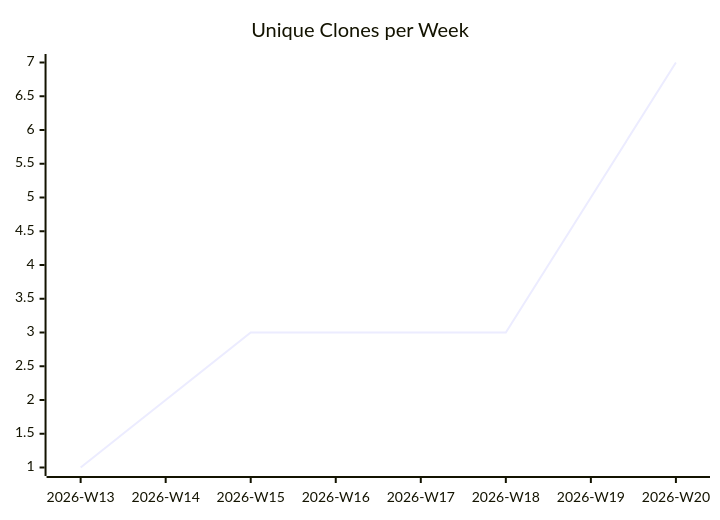
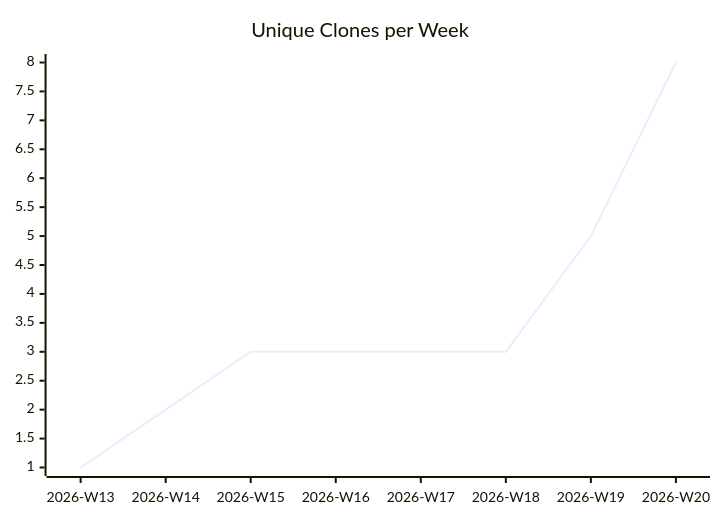
Before and after one commit to justdavis-family/github-analytics-data: the third of 3 diagrams in karlmdavis/xmlpull/README.md, drawn with Mermaid. The commit also changed other lines of this file and 176 other files, not shown here.

````diff
--- a/karlmdavis/xmlpull/README.md
+++ b/karlmdavis/xmlpull/README.md
@@ -19,6 +19,6 @@
 ```mermaid
 xychart-beta
   title "Unique Clones per Week"
   x-axis ["2026-W13", "2026-W14", "2026-W15", "2026-W16", "2026-W17", "2026-W18", "2026-W19", "2026-W20"]
-  line [1, 2, 3, 3, 3, 3, 5, 7]
+  line [1, 2, 3, 3, 3, 3, 5, 8]
 ```
````
